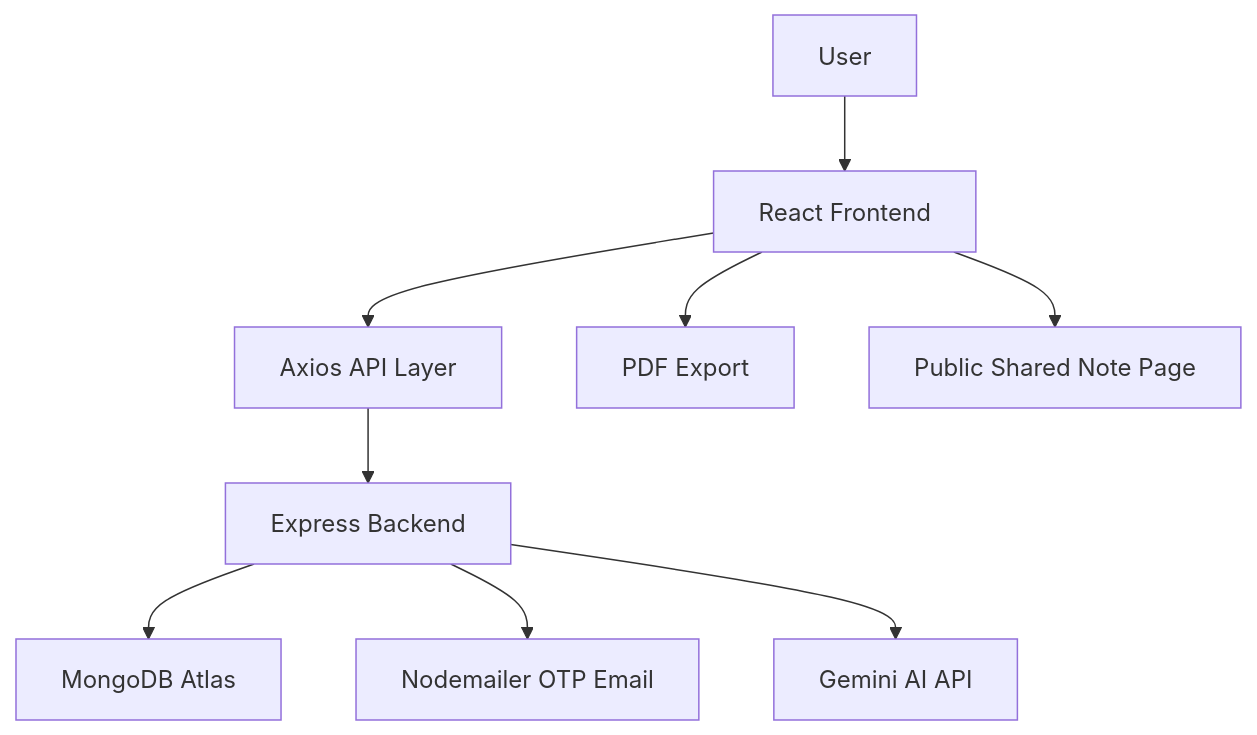
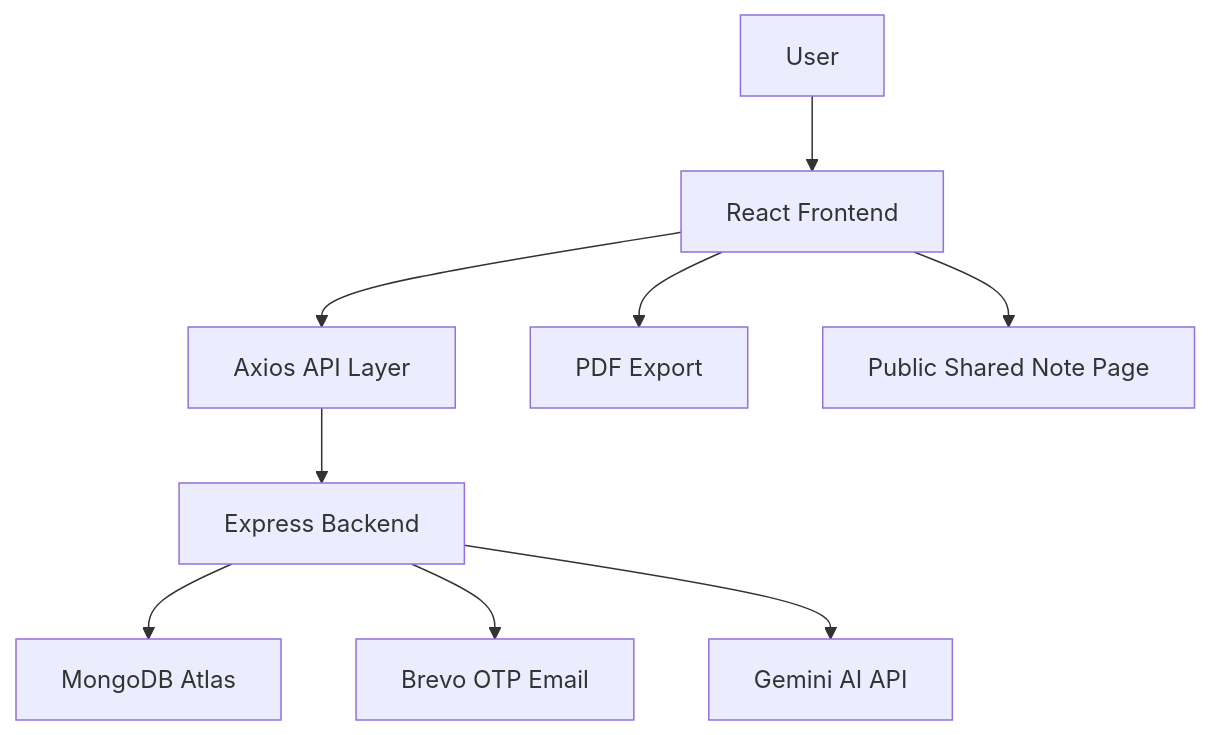
One commit to Rhythm82/Peblo-Notes changed the diagram in README.md. Above: the diagram before and after it, drawn with Mermaid. The commit also changed other lines of this file and 6 other files, not shown here.

Commit message:
Use Brevo API for OTP emails

````diff
--- a/README.md
+++ b/README.md
@@ -266,11 +265,11 @@
 ```mermaid
 flowchart TD
     A[User] --> B[React Frontend]
     B --> C[Axios API Layer]
     C --> D[Express Backend]
     D --> E[MongoDB Atlas]
-    D --> F[Nodemailer OTP Email]
+    D --> F[Brevo OTP Email]
     D --> G[Gemini AI API]
     B --> H[PDF Export]
     B --> I[Public Shared Note Page]
 ```
````
